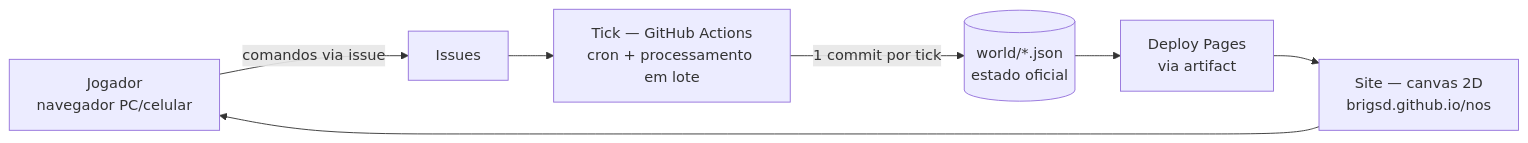
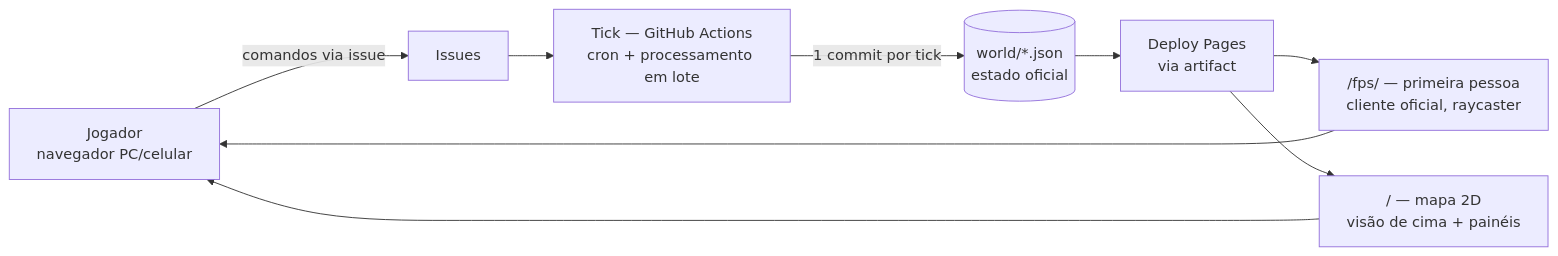
The diagram in docs/ARCHITECTURE.md (warbookbr/nos-modelar), drawn with Mermaid before and after one commit. The commit also changed other lines of this file and 3 other files, not shown here.

First line of the commit message:
docs: registrar D-29 (FPS oficial) e D-30 (dieta do repo); corrigir colisão de números

````diff
--- a/docs/ARCHITECTURE.md
+++ b/docs/ARCHITECTURE.md
@@ -3,9 +3,11 @@
 ```mermaid
 flowchart LR
     P[Jogador<br/>navegador PC/celular] -->|comandos via issue| I[Issues]
     I --> T[Tick — GitHub Actions<br/>cron + processamento em lote]
     T -->|1 commit por tick| W[(world/*.json<br/>estado oficial)]
     W --> D[Deploy Pages<br/>via artifact]
-    D --> S[Site — canvas 2D<br/>brigsd.github.io/nos]
+    D --> F["/fps/ — primeira pessoa<br/>cliente oficial, raycaster"]
+    D --> S["/ — mapa 2D<br/>visão de cima + painéis"]
+    F --> P
     S --> P
 ```
````
